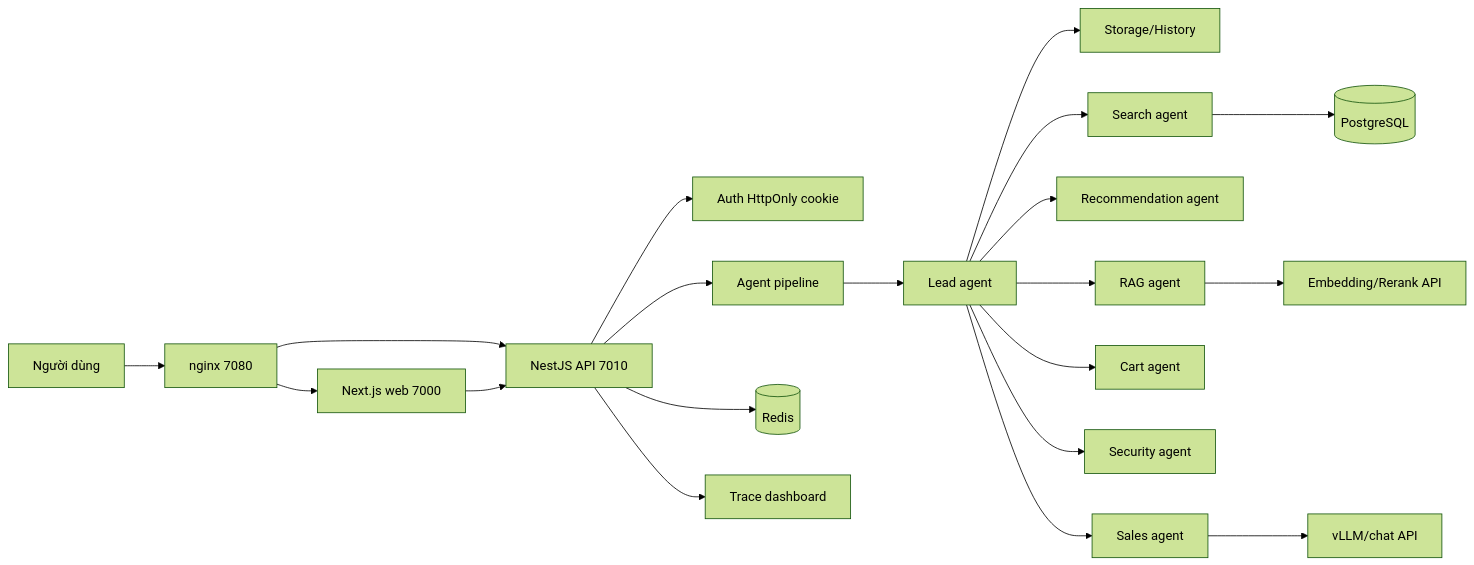
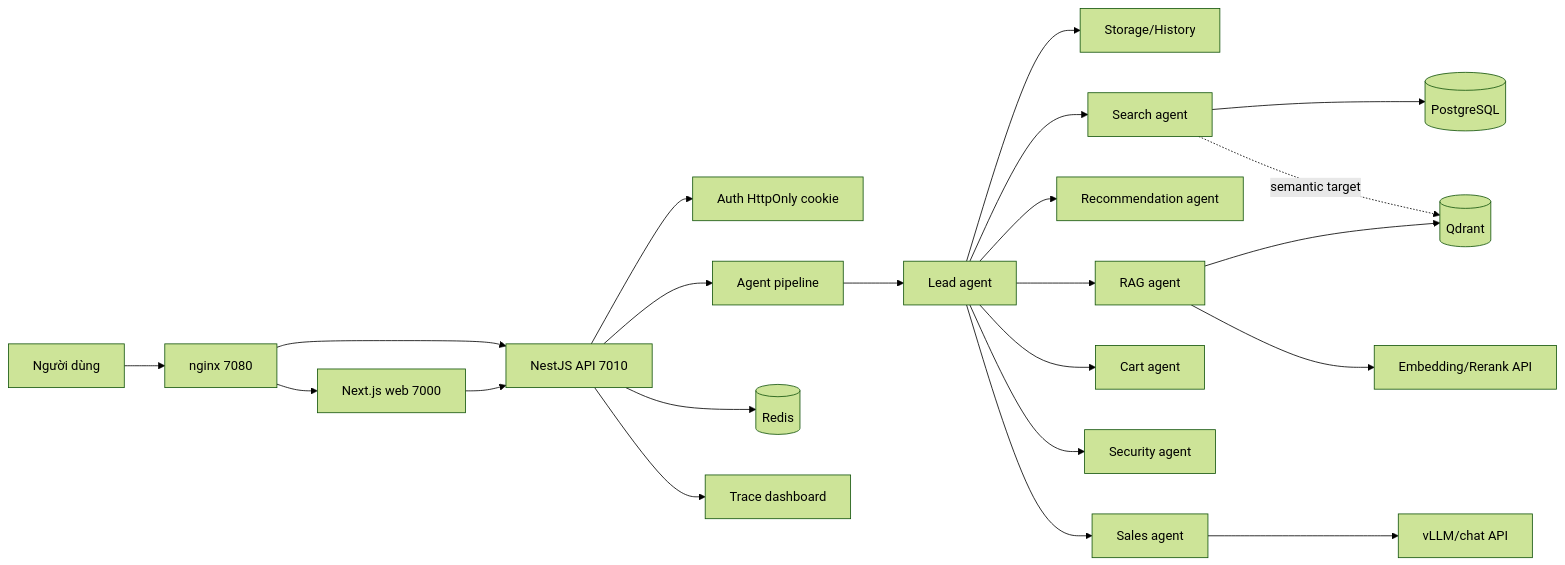
The diagram in README.md (baolnq-ai/agent-retail), drawn with Mermaid (forest theme) before and after one commit. The commit also changed other lines of this file and 12 other files, not shown here.

````diff
--- a/README.md
+++ b/README.md
@@ -117,22 +125,24 @@
 ```mermaid
 flowchart LR
   User[Người dùng] --> Nginx[nginx 7080]
   Nginx --> Web[Next.js web 7000]
   Nginx --> API[NestJS API 7010]
   Web --> API
   API --> Auth[Auth HttpOnly cookie]
   API --> Agent[Agent pipeline]
   Agent --> Lead[Lead agent]
   Lead --> Memory[Storage/History]
   Lead --> Search[Search agent]
   Lead --> Recommend[Recommendation agent]
   Lead --> RAG[RAG agent]
   Lead --> Cart[Cart agent]
   Lead --> Security[Security agent]
   Lead --> Sales[Sales agent]
+  Search --> Postgres[(PostgreSQL)]
+  Search -. semantic target .-> Qdrant[(Qdrant)]
+  RAG --> Qdrant
   Sales --> ChatModel[vLLM/chat API]
-  Search --> Postgres[(PostgreSQL)]
   RAG --> Embed[Embedding/Rerank API]
   API --> Redis[(Redis)]
   API --> Dashboard[Trace dashboard]
 ```
````
